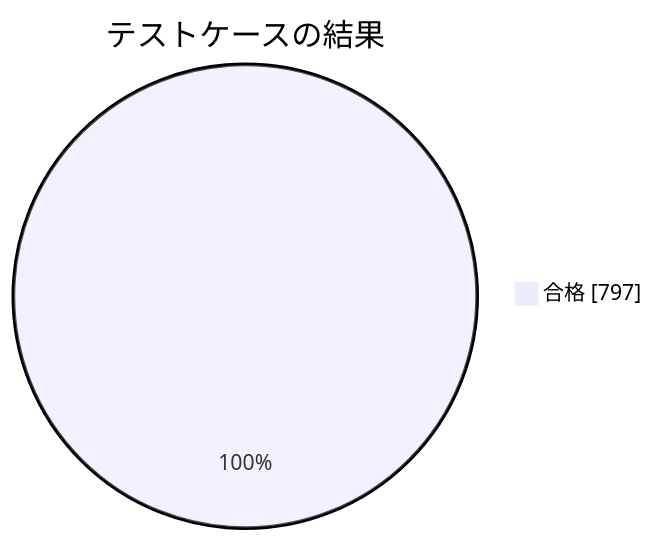
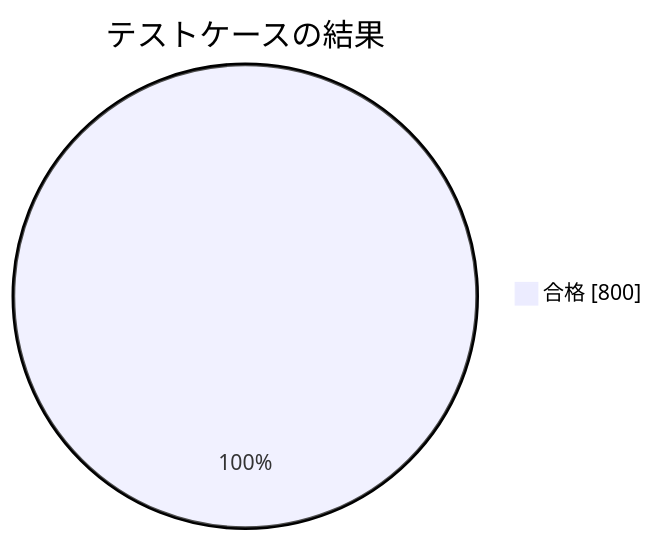
One commit to pocarialice/rpglearning changed the second of 4 diagrams in documents/モジュールテスト結果報告書_RPG学習アプリ.md. Above: the diagram before and after it, drawn with Mermaid. The commit also changed other lines of this file and 8 other files, not shown here.

````diff
--- a/documents/モジュールテスト結果報告書_RPG学習アプリ.md
+++ b/documents/モジュールテスト結果報告書_RPG学習アプリ.md
@@ -65,4 +65,4 @@
 ```mermaid
 pie showData title テストケースの結果
-  "合格" : 797
+  "合格" : 800
 ```
````
